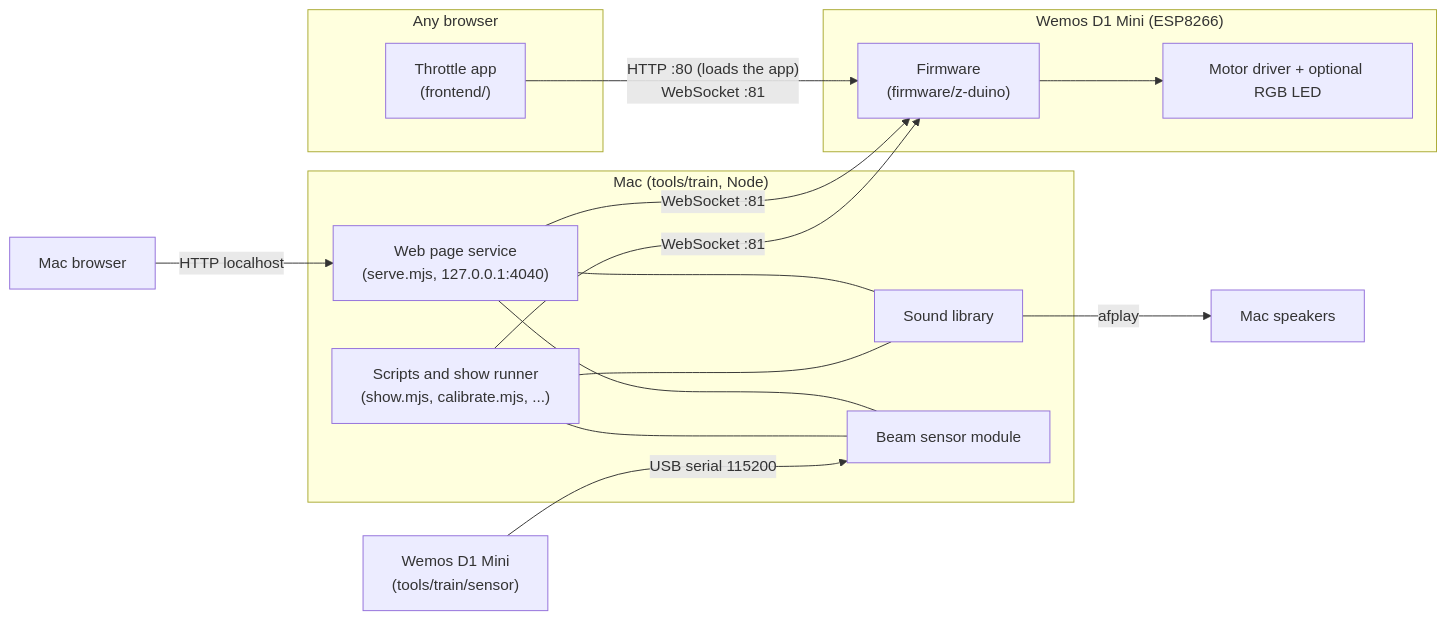
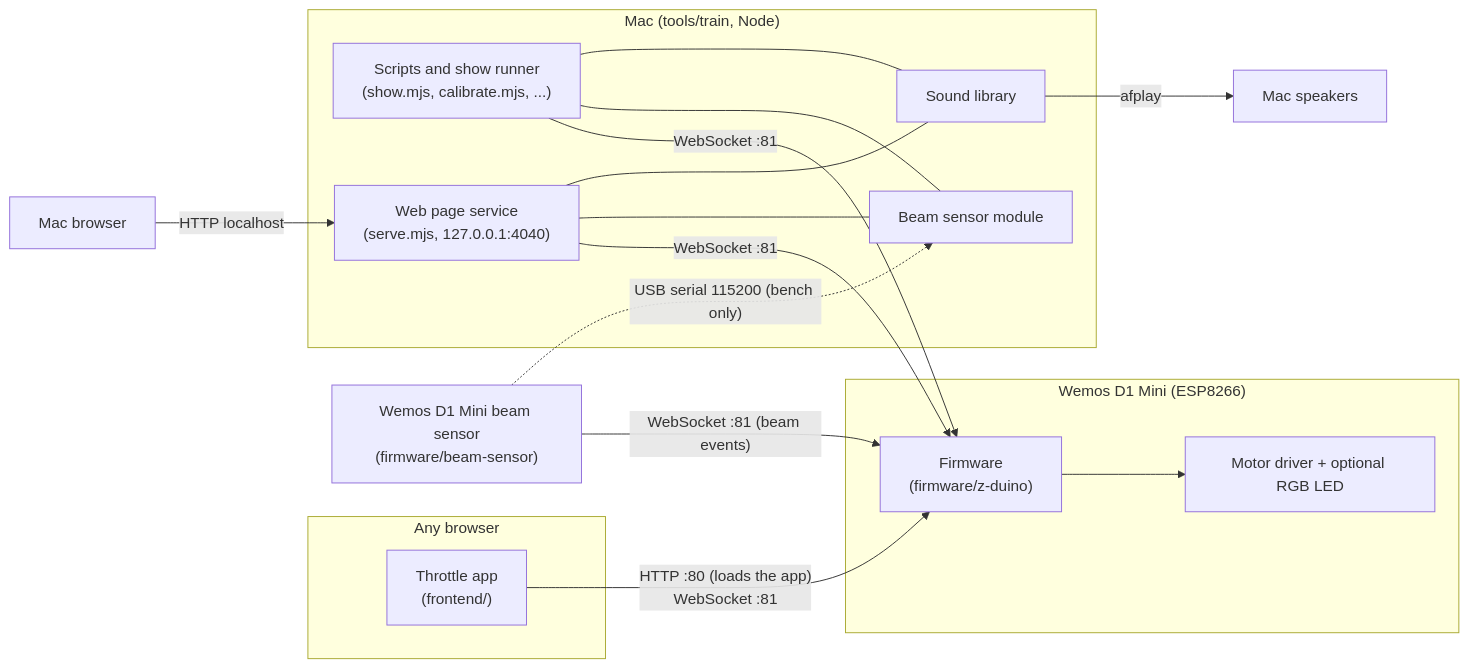
One commit to yamanote1138/z-duino changed the diagram in docs/ARCHITECTURE.md. Above: the diagram before and after it, drawn with Mermaid. The commit also changed other lines of this file and 4 other files, not shown here.

Commit message:
docs: beam sensor over WiFi, calibration exception to motor care

````diff
--- a/docs/ARCHITECTURE.md
+++ b/docs/ARCHITECTURE.md
@@ -7,28 +7,29 @@
 ```mermaid
 flowchart LR
   subgraph phone["Any browser"]
     UI["Throttle app<br/>(frontend/)"]
   end
   subgraph wemos["Wemos D1 Mini (ESP8266)"]
     FW["Firmware<br/>(firmware/z-duino)"]
     M["Motor driver + optional RGB LED"]
     FW --> M
   end
   subgraph mac["Mac (tools/train, Node)"]
     SCRIPTS["Scripts and show runner<br/>(show.mjs, calibrate.mjs, ...)"]
     WEB["Web page service<br/>(serve.mjs, 127.0.0.1:4040)"]
     SND["Sound library"]
     SENS["Beam sensor module"]
   end
-  UNO["Wemos D1 Mini<br/>(tools/train/sensor)"]
+  UNO["Wemos D1 Mini beam sensor<br/>(firmware/beam-sensor)"]
   UI -- "HTTP :80 (loads the app)<br/>WebSocket :81" --> FW
   SCRIPTS -- "WebSocket :81" --> FW
   WEB -- "WebSocket :81" --> FW
-  UNO -- "USB serial 115200" --> SENS
+  UNO -- "WebSocket :81 (beam events)" --> FW
+  UNO -. "USB serial 115200 (bench only)" .-> SENS
   SCRIPTS --- SENS
   WEB --- SENS
   SCRIPTS --- SND
   WEB --- SND
   SND -- "afplay" --> SPK["Mac speakers"]
   BR["Mac browser"] -- "HTTP localhost" --> WEB
 ```
````
